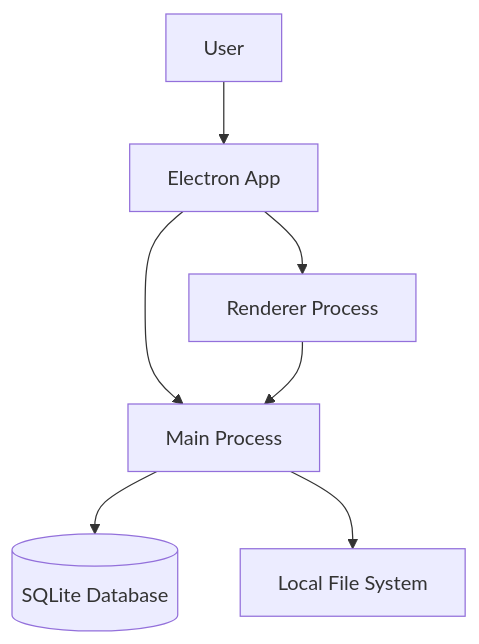
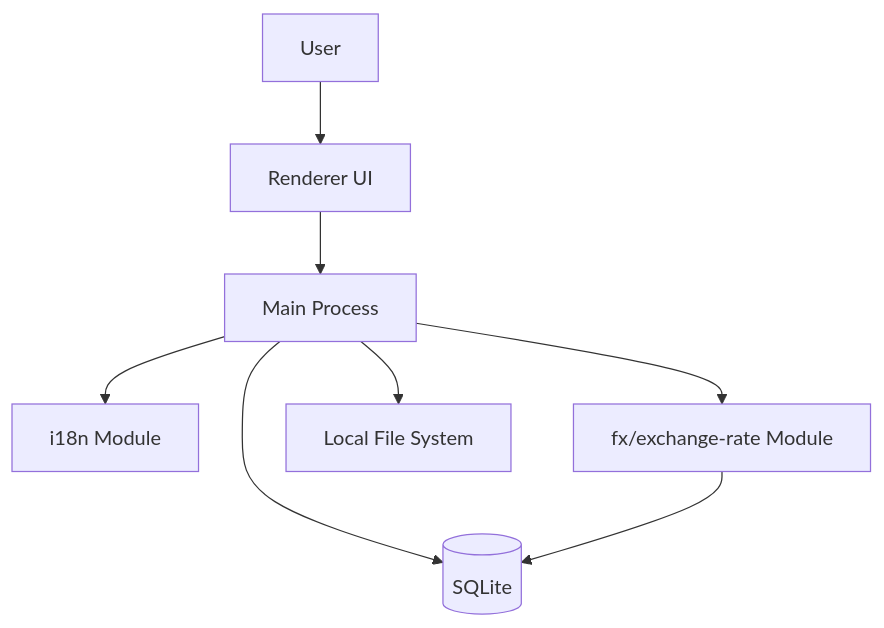
One commit to tonydyb/assets_app changed the first of 3 diagrams in docs/02.HLD.md. Above: the diagram before and after it, drawn with Mermaid. The commit also changed other lines of this file and 10 other files, not shown here.

````diff
--- a/docs/02.HLD.md
+++ b/docs/02.HLD.md
@@ -64,25 +32,18 @@
 ```mermaid
 flowchart TB
+  User[User]
+  Renderer[Renderer UI]
+  Main[Main Process]
+  I18N[i18n Module]
+  FX[fx/exchange-rate Module]
+  DB[(SQLite)]
+  FS[Local File System]
 
-User[User]
-
-Electron[Electron App]
-
-Main[Main Process]
-
-Renderer[Renderer Process]
-
-DB[(SQLite Database)]
-
-FS[Local File System]
-
-User --> Electron
-
-Electron --> Main
-Electron --> Renderer
-
-Main --> DB
-Main --> FS
-
-Renderer --> Main
+  User --> Renderer
+  Renderer --> Main
+  Main --> I18N
+  Main --> FX
+  Main --> DB
+  Main --> FS
+  FX --> DB
 ```
````
